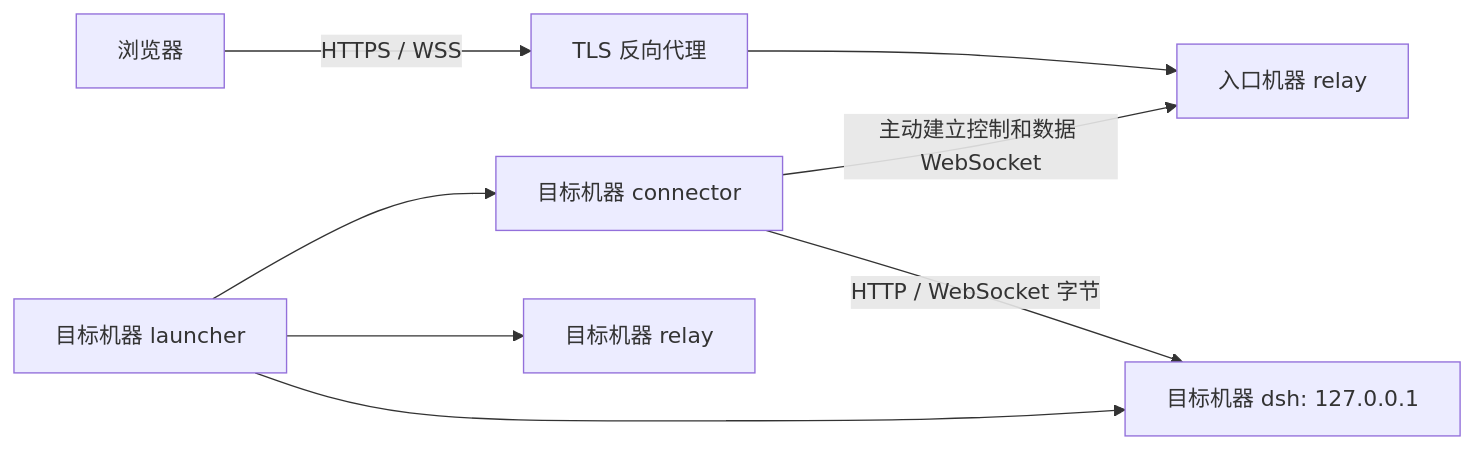
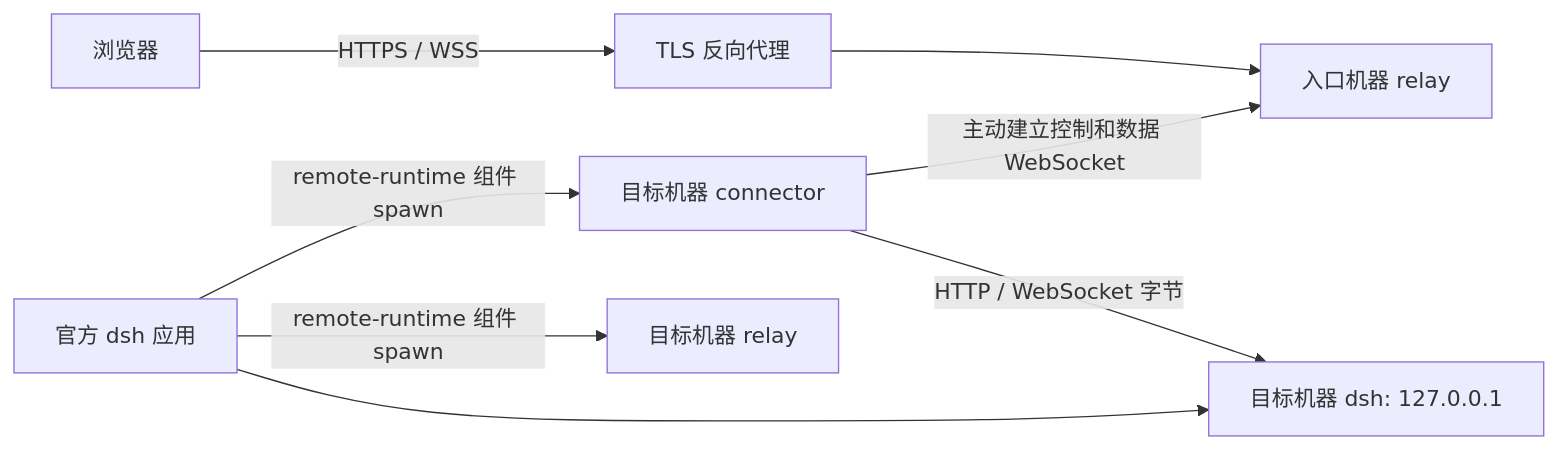
The diagram in docs/03-architecture.md (WaynePluto/dsh-kit), drawn with Mermaid before and after one commit. The commit also changed other lines of this file and 70 other files, not shown here.

````diff
--- a/docs/03-architecture.md
+++ b/docs/03-architecture.md
@@ -11,10 +11,10 @@
 ```mermaid
 flowchart LR
   Browser[浏览器] -->|HTTPS / WSS| TLS[TLS 反向代理]
   TLS --> Relay[入口机器 relay]
   Connector[目标机器 connector] -->|主动建立控制和数据 WebSocket| Relay
   Connector -->|HTTP / WebSocket 字节| DSH[目标机器 dsh: 127.0.0.1]
-  Launcher[目标机器 launcher] --> Connector
-  Launcher --> DSH
-  Launcher --> LocalRelay[目标机器 relay]
+  Host[官方 dsh 应用] --> DSH
+  Host -->|remote-runtime 组件 spawn| Connector
+  Host -->|remote-runtime 组件 spawn| LocalRelay[目标机器 relay]
 ```
````
